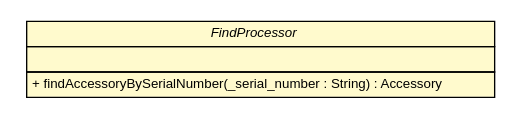
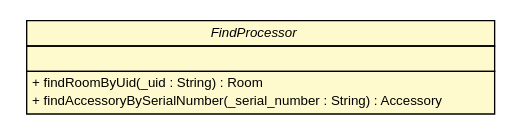
The diagram in javadoc/coreserver/com/connectlife/coreserver/environment/FindProcessor.dot (ericpinet/ConnectLife), drawn with Graphviz before and after one commit. The commit also changed 217 other files, not shown here.

```diff
--- a/javadoc/coreserver/com/connectlife/coreserver/environment/FindProcessor.dot
+++ b/javadoc/coreserver/com/connectlife/coreserver/environment/FindProcessor.dot
@@ -1,24 +1,25 @@
 #!/usr/local/bin/dot
 #
 # Class diagram 
 # Generated by UMLGraph version 5.1 (http://www.umlgraph.org/)
 #
 
 digraph G {
 	edge [fontname="Helvetica",fontsize=10,labelfontname="Helvetica",labelfontsize=10];
 	node [fontname="Helvetica",fontsize=10,shape=plaintext];
 	nodesep=0.25;
 	ranksep=0.5;
 	// com.connectlife.coreserver.environment.FindProcessor
 	c1222 [label=<<table title="com.connectlife.coreserver.environment.FindProcessor" border="0" cellborder="1" cellspacing="0" cellpadding="2" port="p" bgcolor="lemonChiffon" href="./FindProcessor.html">
 		<tr><td><table border="0" cellspacing="0" cellpadding="1">
 <tr><td align="center" balign="center"><font face="Helvetica-Oblique"> FindProcessor </font></td></tr>
 		</table></td></tr>
 		<tr><td><table border="0" cellspacing="0" cellpadding="1">
 <tr><td align="left" balign="left">  </td></tr>
 		</table></td></tr>
 		<tr><td><table border="0" cellspacing="0" cellpadding="1">
+<tr><td align="left" balign="left"> + findRoomByUid(_uid : String) : Room </td></tr>
 <tr><td align="left" balign="left"> + findAccessoryBySerialNumber(_serial_number : String) : Accessory </td></tr>
 		</table></td></tr>
 		</table>>, fontname="Helvetica", fontcolor="black", fontsize=10.0];
 }
```
